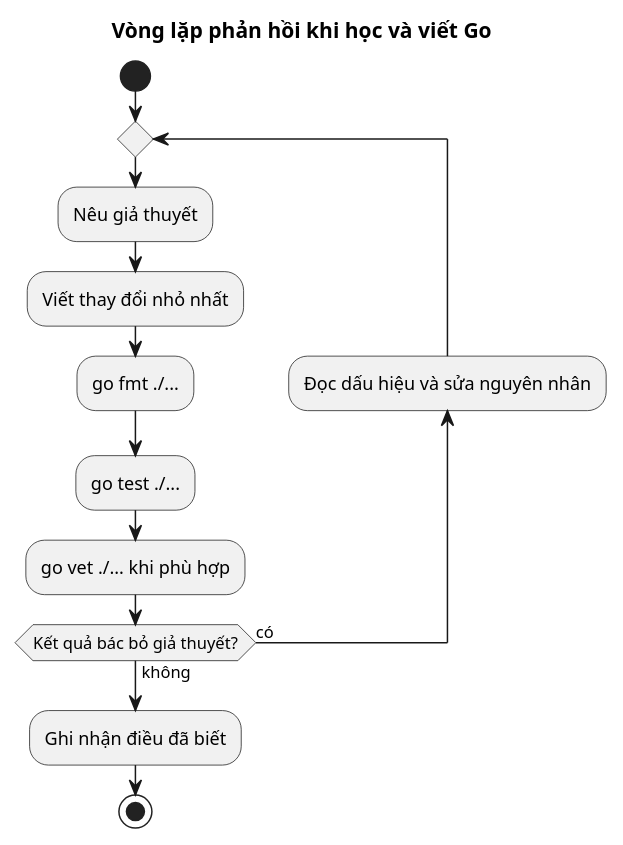
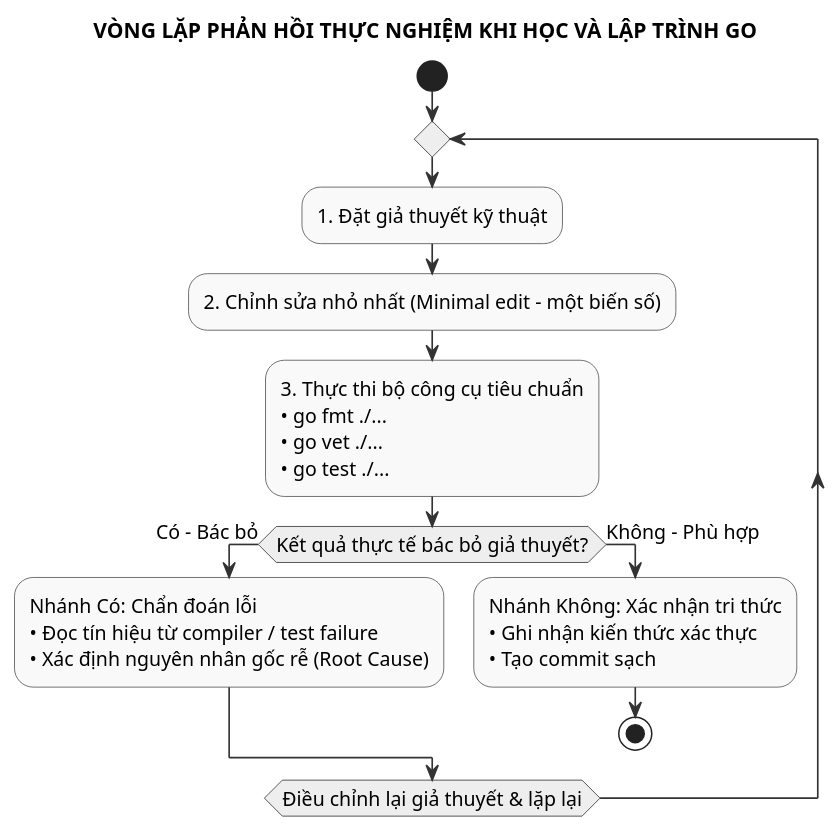
One commit to Minhlike/Golang changed the diagram in assets/diagrams/feedback-loop.puml. Above: the diagram before and after it, drawn with PlantUML. The commit also changed 12 other files, not shown here.

```diff
--- a/assets/diagrams/feedback-loop.puml
+++ b/assets/diagrams/feedback-loop.puml
@@ -1,14 +1,34 @@
 @startuml
-title Vòng lặp phản hồi khi học và viết Go
+skinparam backgroundColor white
+skinparam shadowing false
+skinparam defaultFontName "Source Sans 3"
+skinparam defaultFontSize 13
+skinparam defaultFontColor #000000
+
+skinparam activity {
+  BackgroundColor #F9F9F9
+  BorderColor #444444
+  FontColor #000000
+  DiamondBackgroundColor #EEEEEE
+  DiamondBorderColor #222222
+  RoundCorner 4
+}
+
+skinparam arrowColor #333333
+skinparam ArrowThickness 1.1
+
+title VÒNG LẶP PHẢN HỒI THỰC NGHIỆM KHI HỌC VÀ LẬP TRÌNH GO
+
 start
 repeat
-:Nêu giả thuyết;
-:Viết thay đổi nhỏ nhất;
-:go fmt ./...;
-:go test ./...;
-:go vet ./... khi phù hợp;
-backward :Đọc dấu hiệu và sửa nguyên nhân;
-repeat while (Kết quả bác bỏ giả thuyết?) is (có) not (không)
-:Ghi nhận điều đã biết;
-stop
+  :1. Đặt giả thuyết kỹ thuật;
+  :2. Chỉnh sửa nhỏ nhất (Minimal edit - một biến số);
+  :3. Thực thi bộ công cụ tiêu chuẩn\n• go fmt ./...\n• go vet ./...\n• go test ./...;
+  if (Kết quả thực tế bác bỏ giả thuyết?) then (Có - Bác bỏ)
+    :Nhánh Có: Chẩn đoán lỗi\n• Đọc tín hiệu từ compiler / test failure\n• Xác định nguyên nhân gốc rễ (Root Cause);
+  else (Không - Phù hợp)
+    :Nhánh Không: Xác nhận tri thức\n• Ghi nhận kiến thức xác thực\n• Tạo commit sạch;
+    stop
+  endif
+repeat while (Điều chỉnh lại giả thuyết & lặp lại)
 @enduml
```
